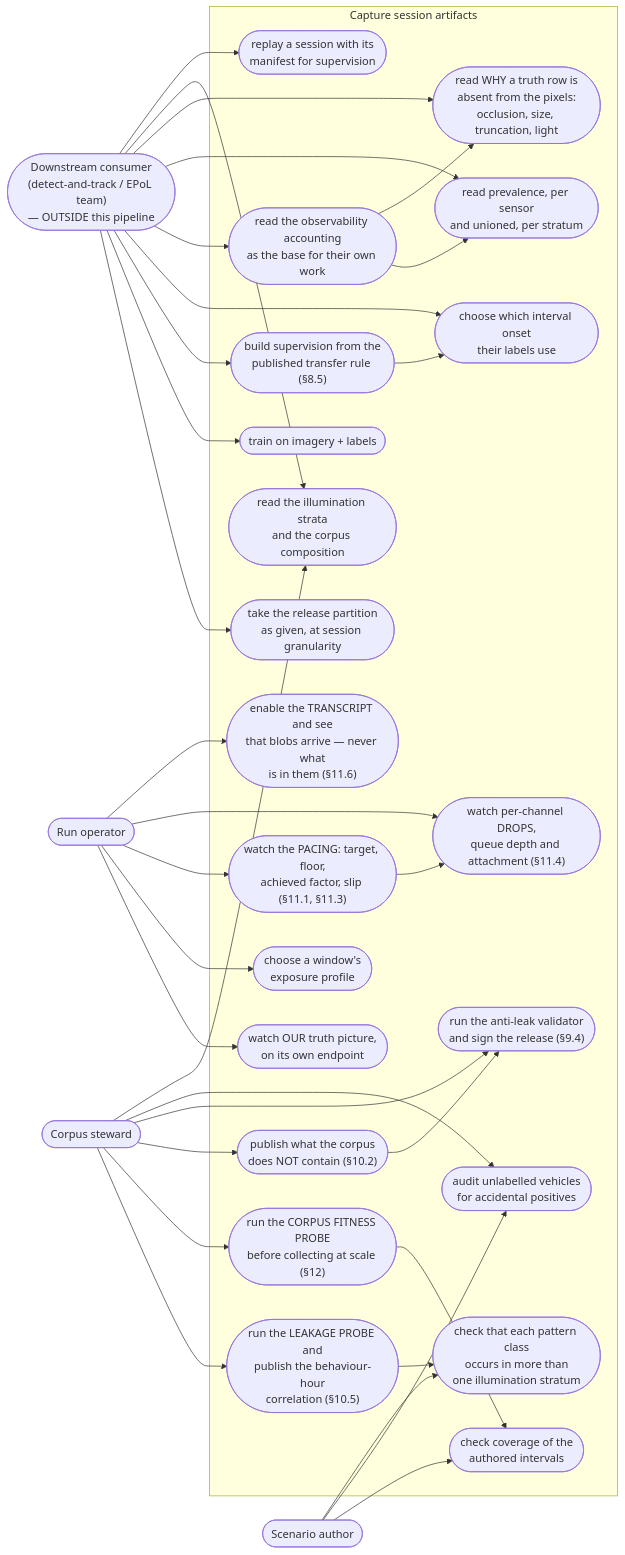
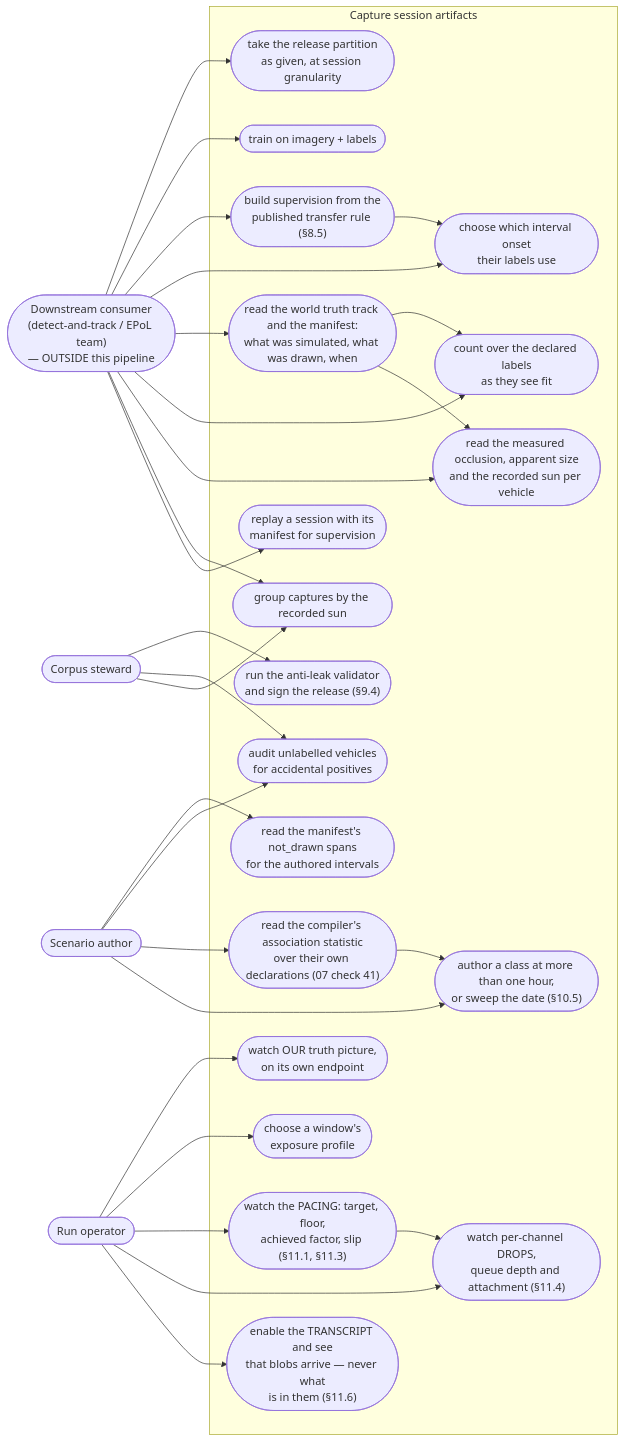
One commit to sbrett9/carla changed the fifth of 5 diagrams in Docs/CAT_Research/Plans/SUMO_Behavioral_Capture/08_Collection_And_EPoL.md. Above: the diagram before and after it, drawn with Mermaid. The commit also changed other lines of this file and 8 other files, not shown here.

````diff
--- a/Docs/CAT_Research/Plans/SUMO_Behavioral_Capture/08_Collection_And_EPoL.md
+++ b/Docs/CAT_Research/Plans/SUMO_Behavioral_Capture/08_Collection_And_EPoL.md
@@ -3708,63 +3246,57 @@
 ```mermaid
 flowchart LR
     CONSUMER(["Downstream consumer<br/>(detect-and-track / EPoL team)<br/>— OUTSIDE this pipeline"])
     STEWARD(["Corpus steward"])
     OPERATOR(["Run operator"])
     AUTHOR(["Scenario author"])
 
     subgraph SYS["Capture session artifacts"]
         U1(["take the release partition<br/>as given, at session granularity"])
         U2(["train on imagery + labels"])
         U3(["build supervision from the<br/>published transfer rule (§8.5)"])
         U4(["choose which interval onset<br/>their labels use"])
-        U5(["read the observability accounting<br/>as the base for their own work"])
-        U6(["read prevalence, per sensor<br/>and unioned, per stratum"])
-        U7(["read WHY a truth row is<br/>absent from the pixels:<br/>occlusion, size, truncation, light"])
+        U5(["read the world truth track and the manifest:<br/>what was simulated, what was drawn, when"])
+        U6(["count over the declared labels<br/>as they see fit"])
+        U7(["read the measured occlusion, apparent size<br/>and the recorded sun per vehicle"])
         U8(["audit unlabelled vehicles<br/>for accidental positives"])
         U9(["replay a session with its<br/>manifest for supervision"])
         U10(["watch OUR truth picture,<br/>on its own endpoint"])
-        U11(["check coverage of the<br/>authored intervals"])
-        U12(["read the illumination strata<br/>and the corpus composition"])
-        U13(["run the LEAKAGE PROBE and<br/>publish the behaviour-hour<br/>correlation (§10.5)"])
-        U14(["check that each pattern class<br/>occurs in more than<br/>one illumination stratum"])
+        U11(["read the manifest's not_drawn spans<br/>for the authored intervals"])
+        U12(["group captures by the recorded sun"])
+        U13(["read the compiler's association statistic<br/>over their own declarations (07 check 41)"])
+        U14(["author a class at more than one hour,<br/>or sweep the date (§10.5)"])
         U15(["choose a window's<br/>exposure profile"])
-        U16(["run the CORPUS FITNESS PROBE<br/>before collecting at scale (§12)"])
-        U17(["publish what the corpus<br/>does NOT contain (§10.2)"])
         U18(["run the anti-leak validator<br/>and sign the release (§9.4)"])
         U19(["watch the PACING: target, floor,<br/>achieved factor, slip (§11.1, §11.3)"])
         U20(["watch per-channel DROPS,<br/>queue depth and attachment (§11.4)"])
         U21(["enable the TRANSCRIPT and see<br/>that blobs arrive — never what<br/>is in them (§11.6)"])
     end
 
     CONSUMER --> U1
     CONSUMER --> U2
     CONSUMER --> U3
     CONSUMER --> U4
     CONSUMER --> U5
     CONSUMER --> U6
     CONSUMER --> U7
     CONSUMER --> U12
     CONSUMER --> U9
-    STEWARD --> U13
-    STEWARD --> U16
-    STEWARD --> U17
     STEWARD --> U18
     STEWARD --> U8
     STEWARD --> U12
     OPERATOR --> U10
     OPERATOR --> U15
     OPERATOR --> U19
     OPERATOR --> U20
     OPERATOR --> U21
     U19 --> U20
     AUTHOR --> U11
     AUTHOR --> U8
+    AUTHOR --> U13
     AUTHOR --> U14
 
     U5 --> U6
     U5 --> U7
     U3 --> U4
-    U16 --> U11
     U13 --> U14
-    U17 --> U18
 ```
````
